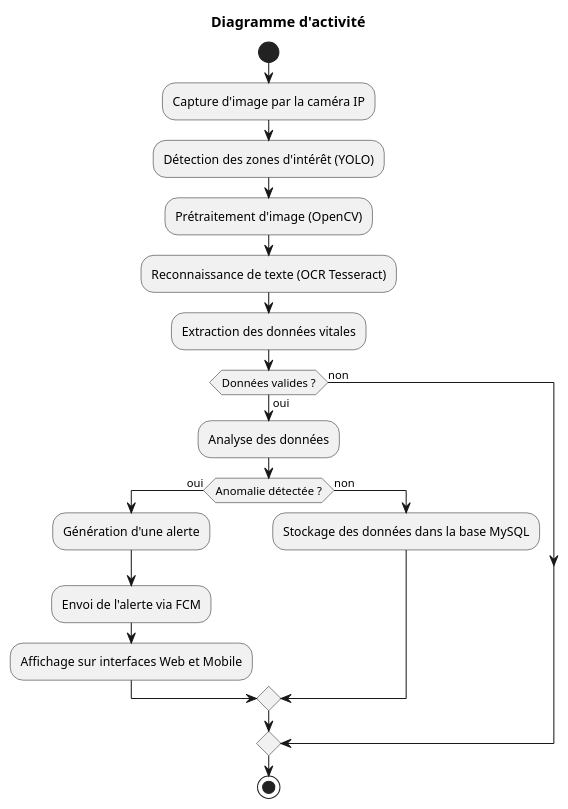
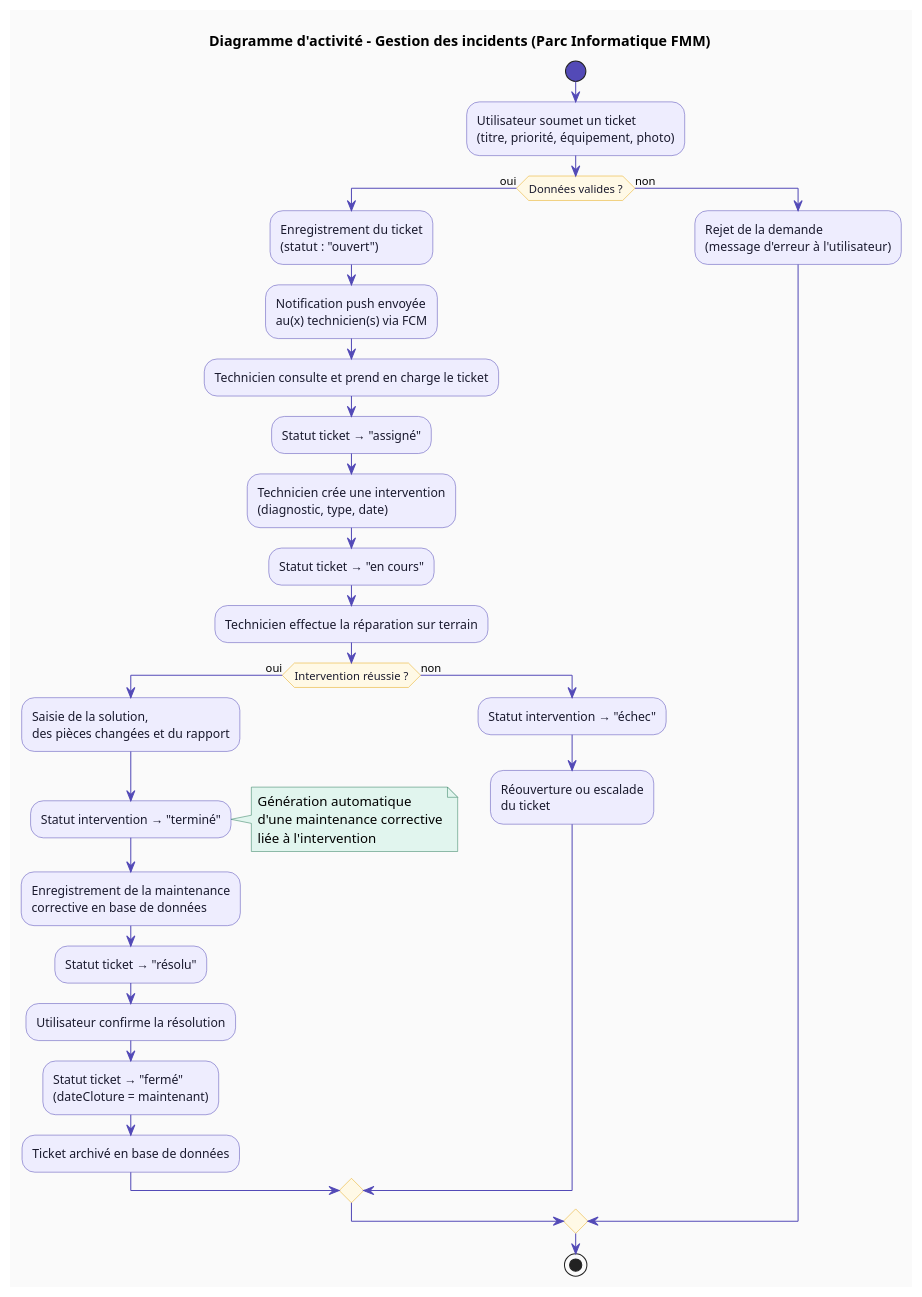
The diagram in chapter3/diagrams/activity_dataflow.wsd (RachaZaibi/rapport), drawn with PlantUML before and after one commit. The commit also changed 31 other files, not shown here.

```diff
--- a/chapter3/diagrams/activity_dataflow.wsd
+++ b/chapter3/diagrams/activity_dataflow.wsd
@@ -1,26 +1,61 @@
-@startuml
-title Diagramme d'activité
+@startuml activity_gestion_incidents
+title Diagramme d'activité – Gestion des incidents (Parc Informatique FMM)
+
+skinparam backgroundColor #FAFAFA
+skinparam activity {
+  BackgroundColor #EEEDFE
+  BorderColor #534AB7
+  FontColor #1a1a2e
+  DiamondBackgroundColor #FFF9E6
+  DiamondBorderColor #E6A817
+  StartColor #534AB7
+  EndColor #534AB7
+}
+skinparam ArrowColor #534AB7
+skinparam note {
+  BackgroundColor #E1F5EE
+  BorderColor #2E7D5E
+}
 
 start
 
-:Capture d'image par la caméra IP;
-:Détection des zones d'intérêt (YOLO);
-:Prétraitement d'image (OpenCV);
-:Reconnaissance de texte (OCR Tesseract);
-:Extraction des données vitales;
+:Utilisateur soumet un ticket\n(titre, priorité, équipement, photo);
 
 if (Données valides ?) then (oui)
-  :Analyse des données;
-  if (Anomalie détectée ?) then (oui)
-    :Génération d'une alerte;
-    :Envoi de l'alerte via FCM;
-    :Affichage sur interfaces Web et Mobile;
+  :Enregistrement du ticket\n(statut : "ouvert");
+  :Notification push envoyée\nau(x) technicien(s) via FCM;
+
+  :Technicien consulte et prend en charge le ticket;
+  :Statut ticket → "assigné";
+
+  :Technicien crée une intervention\n(diagnostic, type, date);
+  :Statut ticket → "en cours";
+
+  :Technicien effectue la réparation sur terrain;
+
+  if (Intervention réussie ?) then (oui)
+    :Saisie de la solution,\ndes pièces changées et du rapport;
+    :Statut intervention → "terminé";
+
+    note right
+      Génération automatique
+      d'une maintenance corrective
+      liée à l'intervention
+    end note
+
+    :Enregistrement de la maintenance\ncorrective en base de données;
+    :Statut ticket → "résolu";
+
+    :Utilisateur confirme la résolution;
+    :Statut ticket → "fermé"\n(dateCloture = maintenant);
+    :Ticket archivé en base de données;
   else (non)
-    :Stockage des données dans la base MySQL;
+    :Statut intervention → "échec";
+    :Réouverture ou escalade\ndu ticket;
   endif
 else (non)
-'   :Ignorer;
+  :Rejet de la demande\n(message d'erreur à l'utilisateur);
 endif
 
 stop
 @enduml
```
